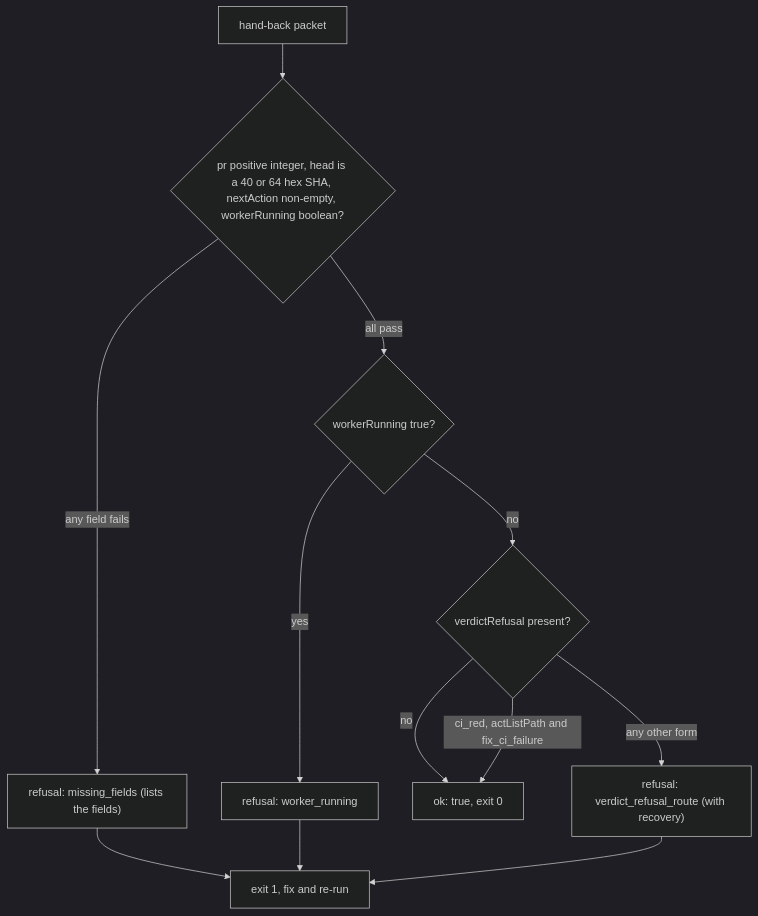
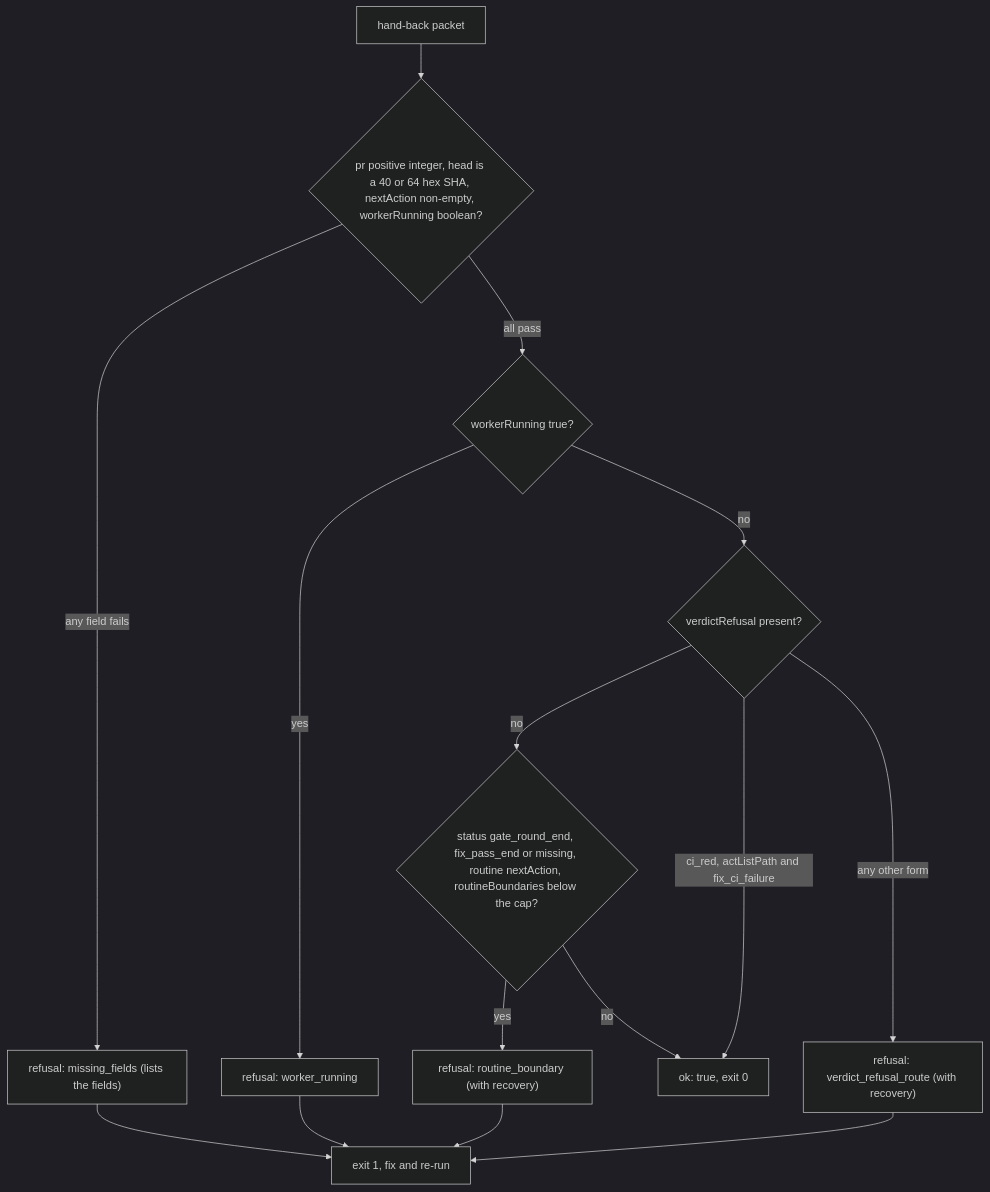
The ninth of 14 diagrams in docs/atlas/04-main-flows.md (mfittko/dev-loops), drawn with Mermaid (dark theme) before and after one commit. The commit also changed other lines of this file and 6 other files, not shown here.

Commit message:
fix(gate): a null or empty status counts as missing and the routine_boundary recovery names --repo

````diff
--- a/docs/atlas/04-main-flows.md
+++ b/docs/atlas/04-main-flows.md
@@ -300,14 +300,17 @@
 ```mermaid
 flowchart TD
   P["hand-back packet"] --> F{"pr positive integer, head is a 40 or 64 hex SHA, nextAction non-empty, workerRunning boolean?"}
   F -->|any field fails| R1["refusal: missing_fields (lists the fields)"]
   F -->|all pass| W{"workerRunning true?"}
   W -->|yes| R2["refusal: worker_running"]
   W -->|no| VR{"verdictRefusal present?"}
-  VR -->|no| OK["ok: true, exit 0"]
+  VR -->|no| RB{"status gate_round_end, fix_pass_end or missing, routine nextAction, routineBoundaries below the cap?"}
+  RB -->|yes| R4["refusal: routine_boundary (with recovery)"]
+  RB -->|no| OK["ok: true, exit 0"]
   VR -->|"ci_red, actListPath and fix_ci_failure"| OK
   VR -->|any other form| R3["refusal: verdict_refusal_route (with recovery)"]
   R1 --> X["exit 1, fix and re-run"]
   R2 --> X
   R3 --> X
+  R4 --> X
 ```
````
